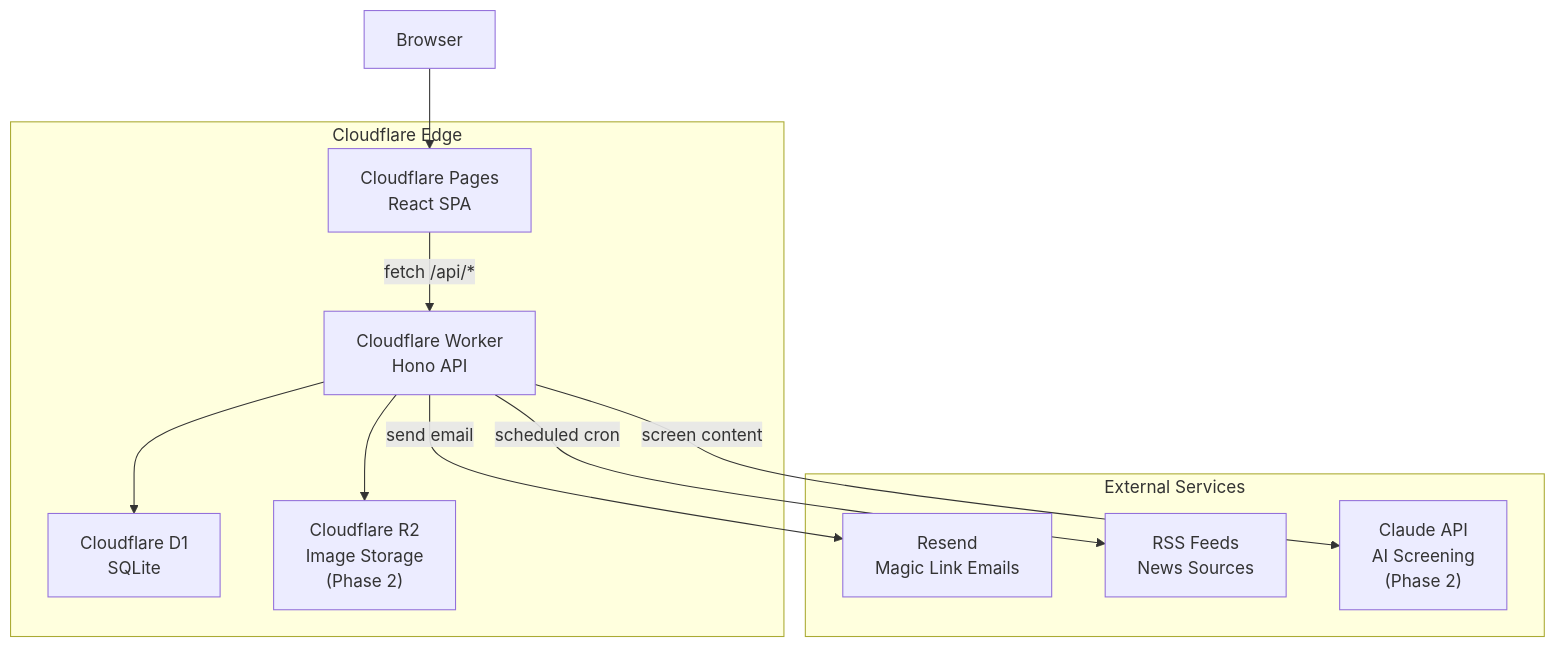
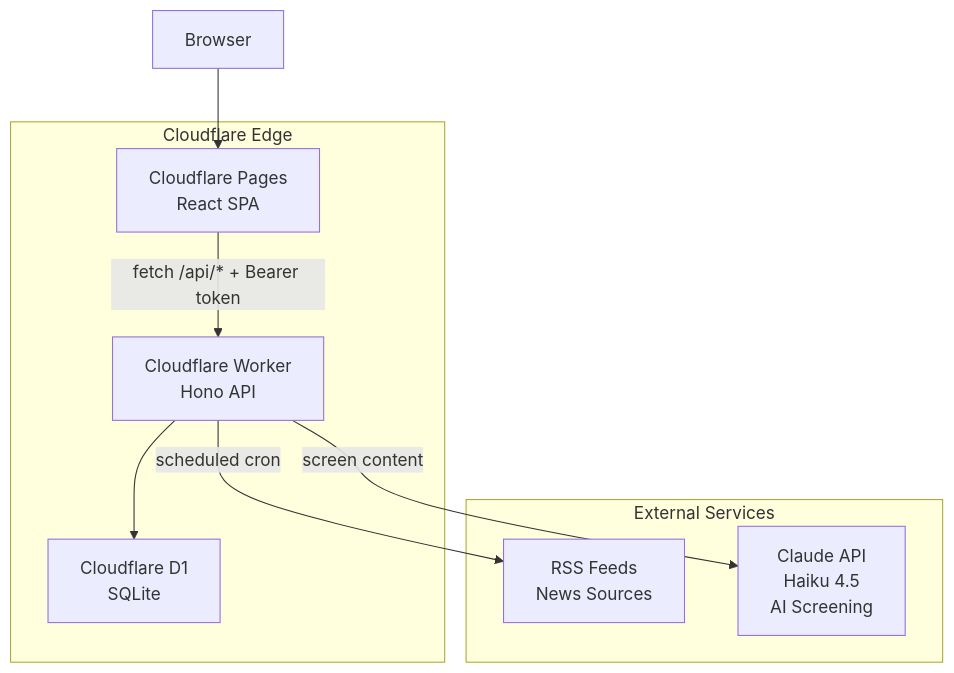
Before and after one commit to nxsh/dochas-times: the first of 5 diagrams in docs/architecture.md, drawn with Mermaid. The commit also changed other lines of this file and 18 other files, not shown here.

First line of the commit message:
Code review fixes, comprehensive test suite, updated docs and diagrams

````diff
--- a/docs/architecture.md
+++ b/docs/architecture.md
@@ -5,23 +5,19 @@
 ```mermaid
 graph TB
     subgraph "Cloudflare Edge"
         Pages["Cloudflare Pages<br/>React SPA"]
         Worker["Cloudflare Worker<br/>Hono API"]
         D1["Cloudflare D1<br/>SQLite"]
-        R2["Cloudflare R2<br/>Image Storage<br/>(Phase 2)"]
     end
 
     subgraph "External Services"
-        Resend["Resend<br/>Magic Link Emails"]
         RSS["RSS Feeds<br/>News Sources"]
-        Claude["Claude API<br/>AI Screening<br/>(Phase 2)"]
+        Claude["Claude API<br/>Haiku 4.5<br/>AI Screening"]
     end
 
     User["Browser"] --> Pages
-    Pages -->|"fetch /api/*"| Worker
+    Pages -->|"fetch /api/* + Bearer token"| Worker
     Worker --> D1
-    Worker --> R2
-    Worker -->|"send email"| Resend
     Worker -->|"scheduled cron"| RSS
     Worker -->|"screen content"| Claude
 ```
````
